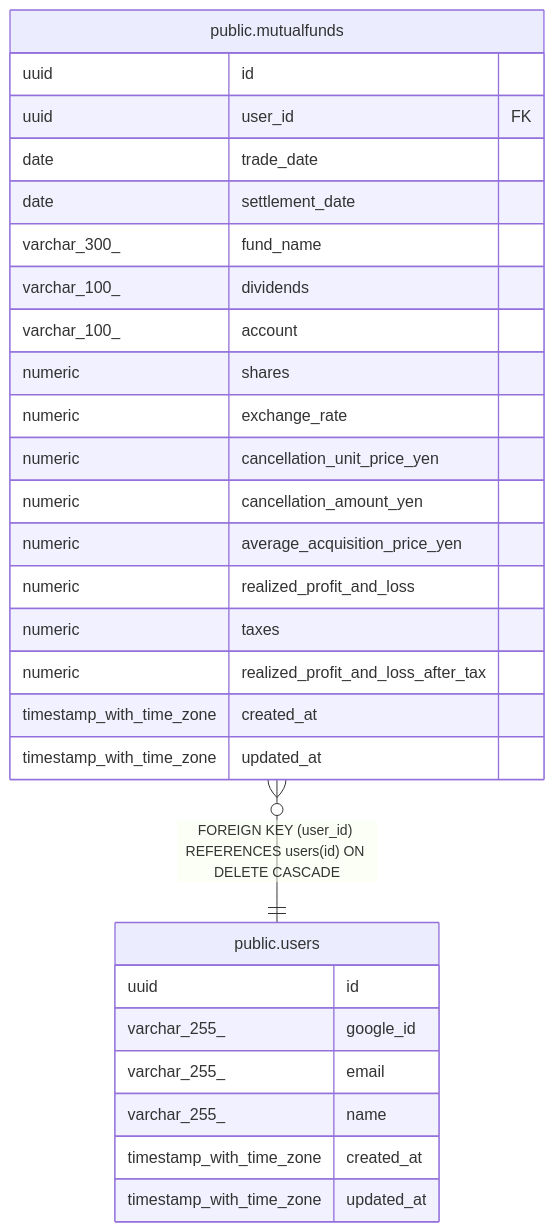
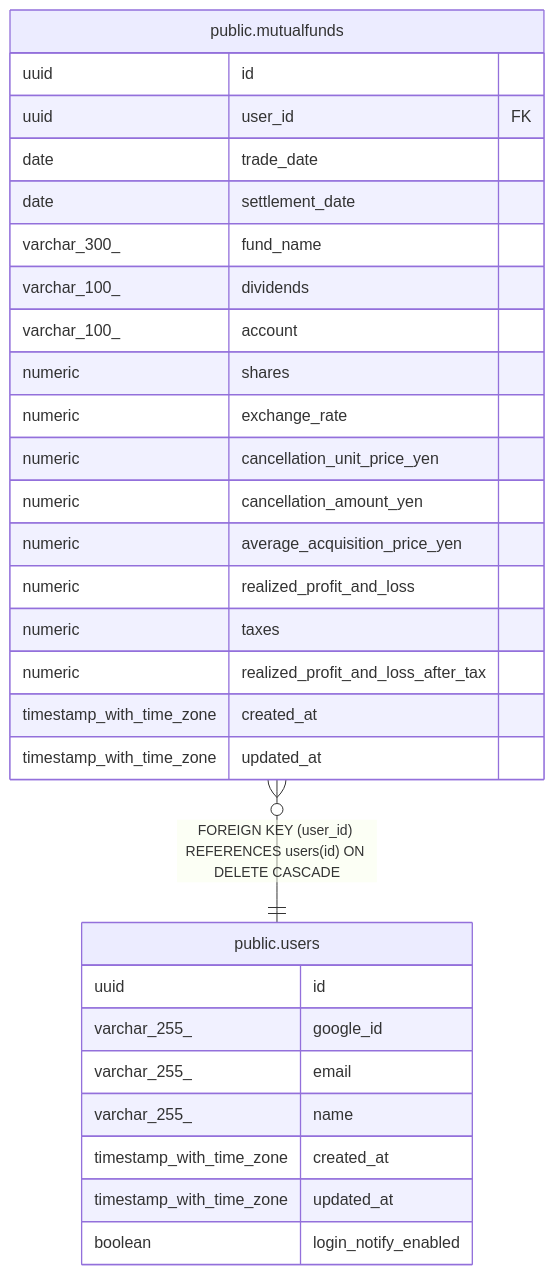
Before and after one commit to zaichu/shoken-webapp: the diagram in docs/db/public.mutualfunds.md, drawn with Mermaid. The commit also changed 33 other files, not shown here.

````diff
--- a/docs/db/public.mutualfunds.md
+++ b/docs/db/public.mutualfunds.md
@@ -50,33 +50,34 @@
 ```mermaid
 erDiagram
 
 "public.mutualfunds" }o--|| "public.users" : "FOREIGN KEY (user_id) REFERENCES users(id) ON DELETE CASCADE"
 
 "public.mutualfunds" {
   uuid id
   uuid user_id FK
   date trade_date
   date settlement_date
   varchar_300_ fund_name
   varchar_100_ dividends
   varchar_100_ account
   numeric shares
   numeric exchange_rate
   numeric cancellation_unit_price_yen
   numeric cancellation_amount_yen
   numeric average_acquisition_price_yen
   numeric realized_profit_and_loss
   numeric taxes
   numeric realized_profit_and_loss_after_tax
   timestamp_with_time_zone created_at
   timestamp_with_time_zone updated_at
 }
 "public.users" {
   uuid id
   varchar_255_ google_id
   varchar_255_ email
   varchar_255_ name
   timestamp_with_time_zone created_at
   timestamp_with_time_zone updated_at
+  boolean login_notify_enabled
 }
 ```
````
